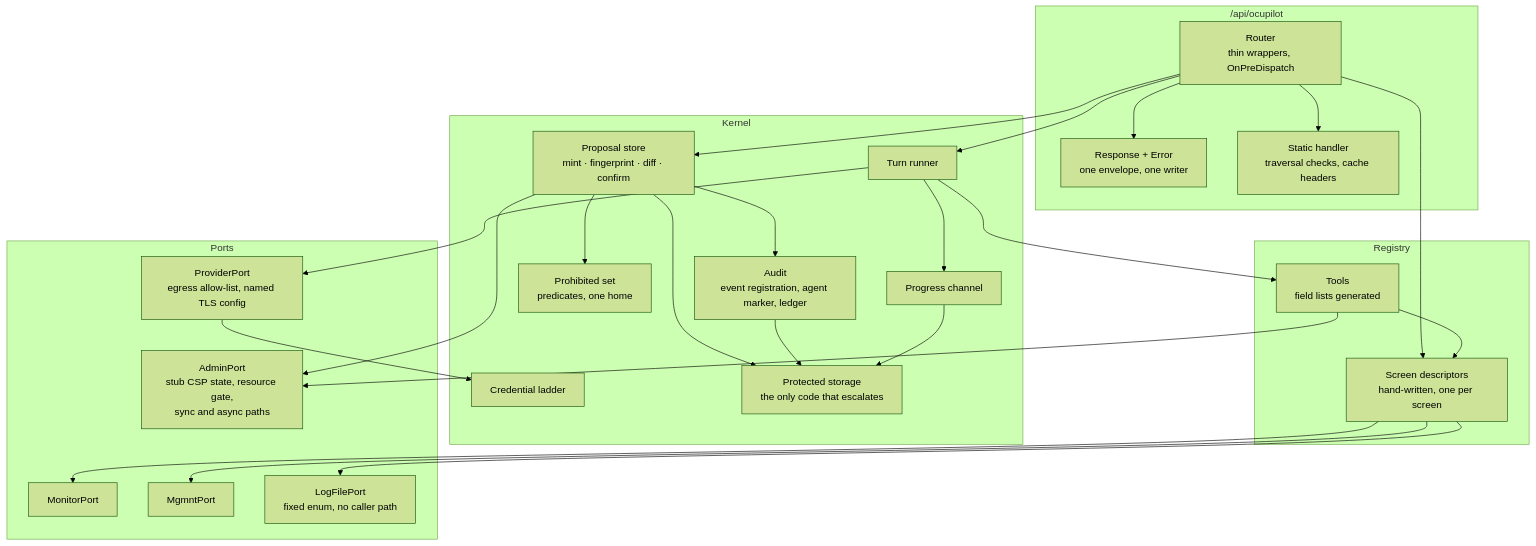
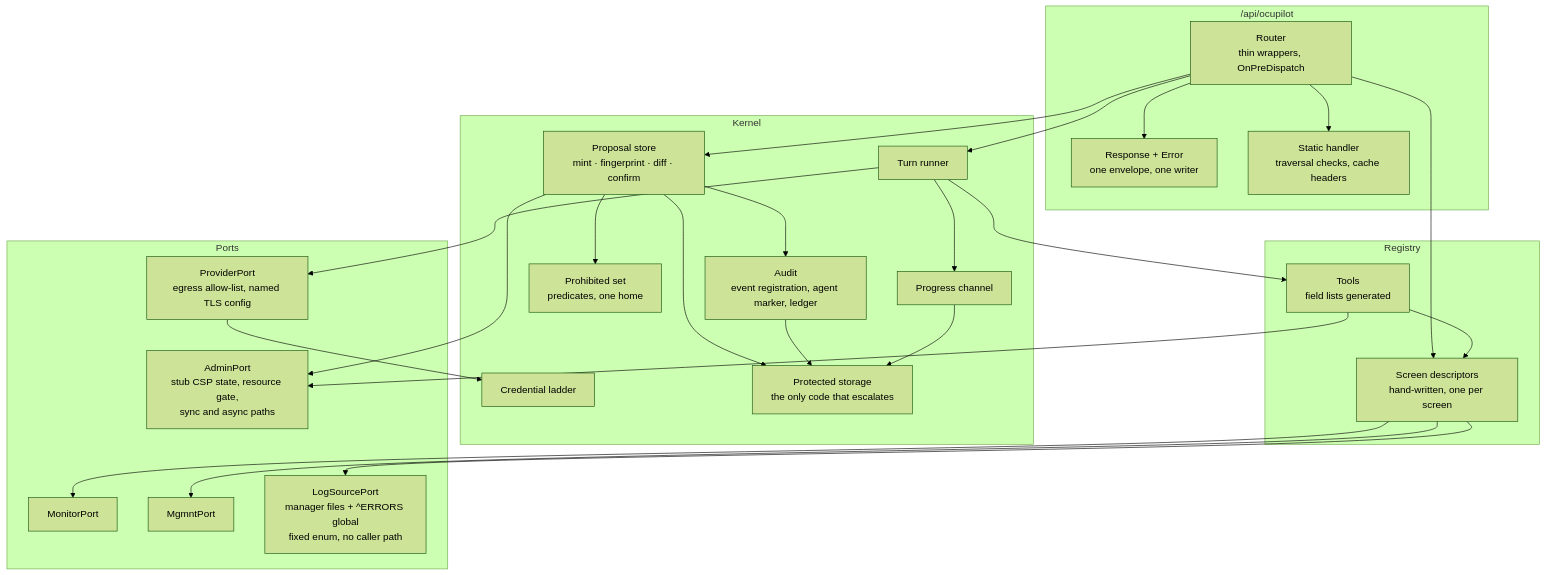
One commit to jbrandtmse/OcuPilot changed the third of 4 diagrams in _bmad-output/planning-artifacts/architecture/architecture-OcuPilot-2026-09-08/C4.md. Above: the diagram before and after it, drawn with Mermaid (forest theme). The commit also changed 10 other files, not shown here.

````diff
--- a/_bmad-output/planning-artifacts/architecture/architecture-OcuPilot-2026-09-08/C4.md
+++ b/_bmad-output/planning-artifacts/architecture/architecture-OcuPilot-2026-09-08/C4.md
@@ -71,52 +71,52 @@
 ```mermaid
 graph TB
   subgraph ApiC["/api/ocupilot"]
     Router["Router<br/>thin wrappers, OnPreDispatch"]
     Envelope["Response + Error<br/>one envelope, one writer"]
     StaticH["Static handler<br/>traversal checks, cache headers"]
   end
 
   subgraph KernelC["Kernel"]
     Turn["Turn runner"]
     Progress["Progress channel"]
     Proposal["Proposal store<br/>mint · fingerprint · diff · confirm"]
     Prohibited["Prohibited set<br/>predicates, one home"]
     Audit["Audit<br/>event registration, agent marker, ledger"]
     Secret["Credential ladder"]
     State["Protected storage<br/>the only code that escalates"]
   end
 
   subgraph RegistryC["Registry"]
     Desc["Screen descriptors<br/>hand-written, one per screen"]
     Tools["Tools<br/>field lists generated"]
   end
 
   subgraph PortC["Ports"]
     Admin["AdminPort<br/>stub CSP state, resource gate,<br/>sync and async paths"]
     Monitor["MonitorPort"]
     Mgmnt["MgmntPort"]
-    LogFile["LogFilePort<br/>fixed enum, no caller path"]
+    LogFile["LogSourcePort<br/>manager files + ^ERRORS global<br/>fixed enum, no caller path"]
     Provider["ProviderPort<br/>egress allow-list, named TLS config"]
   end
 
   Router --> Envelope
   Router --> StaticH
   Router --> Turn
   Router --> Proposal
   Router --> Desc
   Turn --> Progress
   Turn --> Tools
   Turn --> Provider
   Proposal --> Prohibited
   Proposal --> Audit
   Proposal --> Admin
   Tools --> Desc
   Tools --> Admin
   Desc --> Monitor
   Desc --> Mgmnt
   Desc --> LogFile
   Provider --> Secret
   Proposal --> State
   Audit --> State
   Progress --> State
 ```
````
